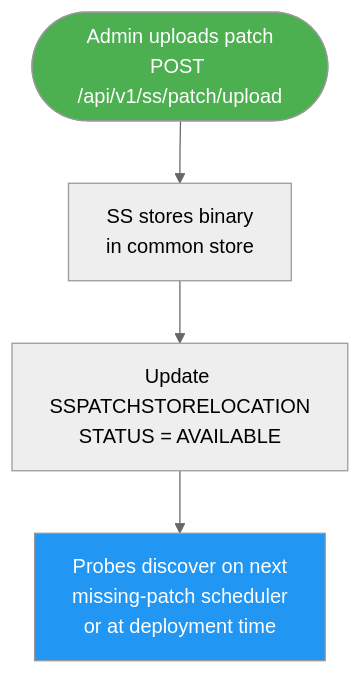
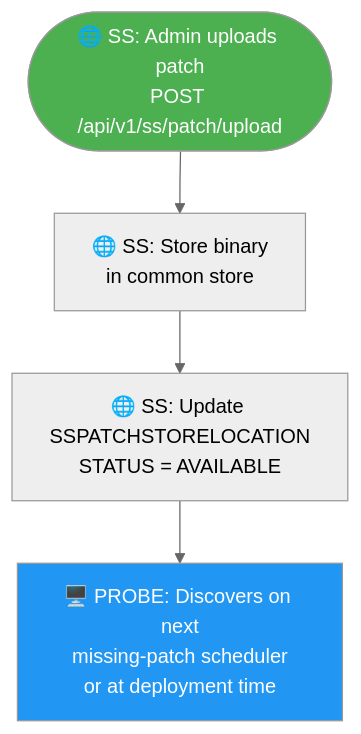
One commit to ranjithkumar-a-23525/RebaseEx changed diagram 16 of 29 in use-case-diagrams.md. Above: the diagram before and after it, drawn with Mermaid (neutral theme). The commit also changed other lines of this file, not shown here.

````diff
--- a/use-case-diagrams.md
+++ b/use-case-diagrams.md
@@ -309,9 +309,9 @@
 ```mermaid
 flowchart TD
-    A([Admin uploads patch<br/>POST /api/v1/ss/patch/upload]) --> B[SS stores binary<br/>in common store]
-    B --> C[Update SSPATCHSTORELOCATION<br/>STATUS = AVAILABLE]
-    C --> D[Probes discover on next<br/>missing-patch scheduler<br/>or at deployment time]
+    A(["🌐 SS: Admin uploads patch<br/>POST /api/v1/ss/patch/upload"]) --> B["🌐 SS: Store binary<br/>in common store"]
+    B --> C["🌐 SS: Update SSPATCHSTORELOCATION<br/>STATUS = AVAILABLE"]
+    C --> D["🖥️ PROBE: Discovers on next<br/>missing-patch scheduler<br/>or at deployment time"]
 
     style A fill:#4CAF50,color:#fff
     style D fill:#2196F3,color:#fff
 ```
````
